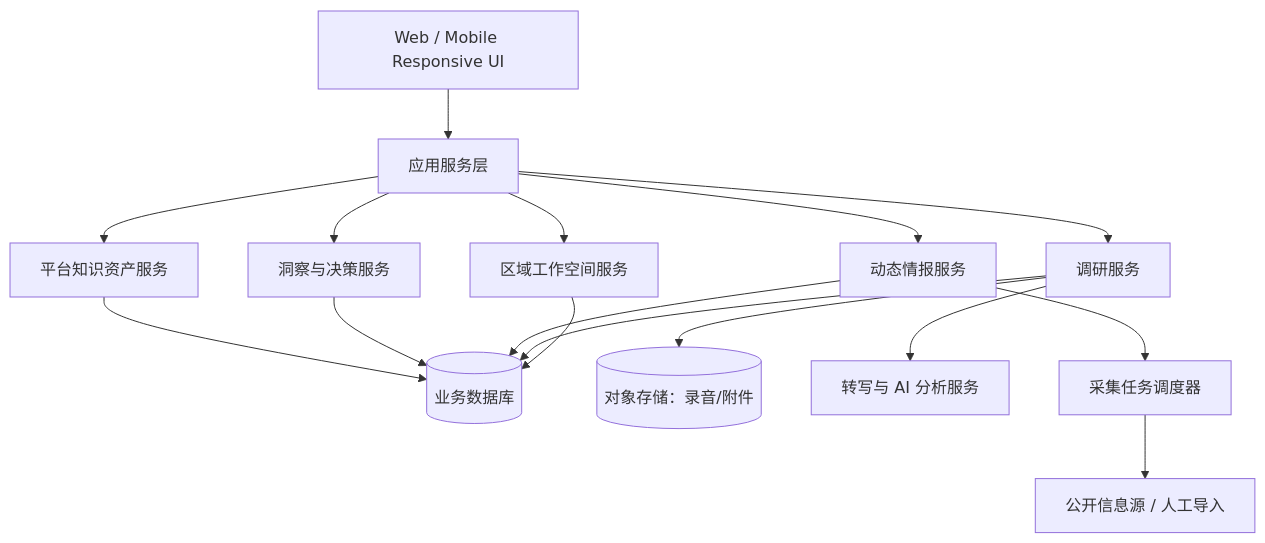
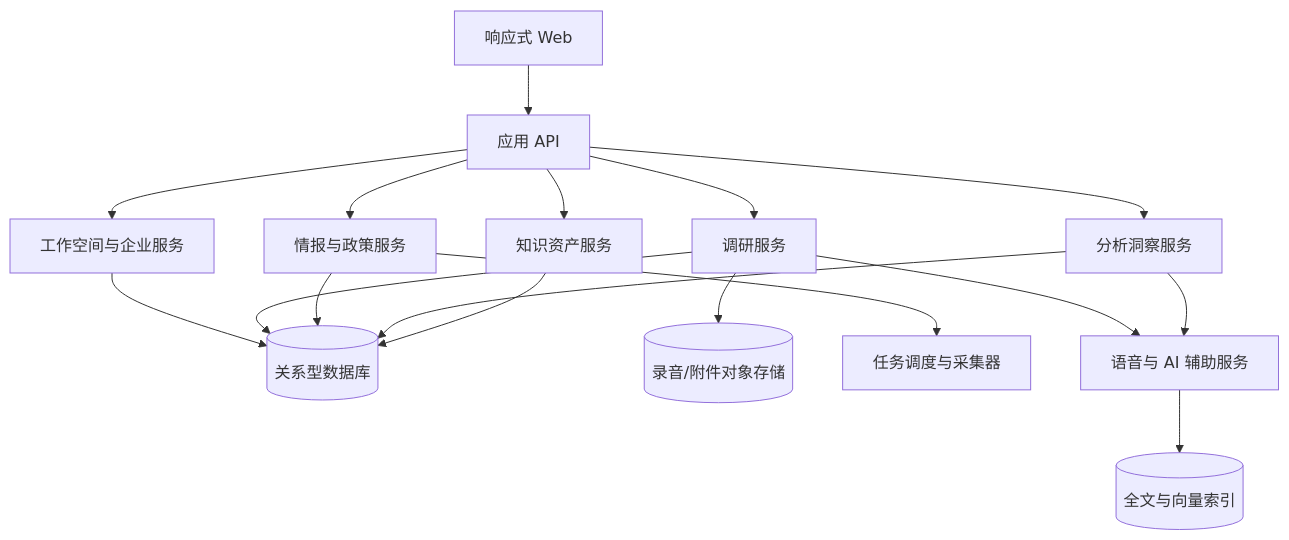
Before and after one commit to zhang-lei-git/IndustryResearch: the sixth of 6 diagrams in docs/03-系统设计方案.md, drawn with Mermaid. The commit also changed other lines of this file and 2 other files, not shown here.

Commit message:
docs: redefine business and data architecture

````diff
--- a/docs/03-系统设计方案.md
+++ b/docs/03-系统设计方案.md
@@ -21,21 +277,32 @@
 ```mermaid
 flowchart TB
-  UI[Web / Mobile Responsive UI]
-  UI --> APP[应用服务层]
-  APP --> WS[区域工作空间服务]
-  APP --> RESEARCH[调研服务]
-  APP --> INTEL[动态情报服务]
-  APP --> INSIGHT[洞察与决策服务]
-  APP --> KNOWLEDGE[平台知识资产服务]
+  UI[响应式 Web]
+  API[应用 API]
+  WS[工作空间与企业服务]
+  RE[调研服务]
+  IN[情报与政策服务]
+  AN[分析洞察服务]
+  KA[知识资产服务]
+  DB[(关系型数据库)]
+  OBJ[(录音/附件对象存储)]
+  IDX[(全文与向量索引)]
+  JOB[任务调度与采集器]
+  AI[语音与 AI 辅助服务]
 
-  WS --> DB[(业务数据库)]
-  RESEARCH --> DB
-  INTEL --> DB
-  INSIGHT --> DB
-  KNOWLEDGE --> DB
-
-  RESEARCH --> OBJECT[(对象存储：录音/附件)]
-  RESEARCH --> AI[转写与 AI 分析服务]
-  INTEL --> SCHEDULER[采集任务调度器]
-  SCHEDULER --> SOURCES[公开信息源 / 人工导入]
+  UI --> API
+  API --> WS
+  API --> RE
+  API --> IN
+  API --> AN
+  API --> KA
+  WS --> DB
+  RE --> DB
+  IN --> DB
+  AN --> DB
+  KA --> DB
+  RE --> OBJ
+  IN --> JOB
+  RE --> AI
+  AN --> AI
+  AI --> IDX
 ```
````
